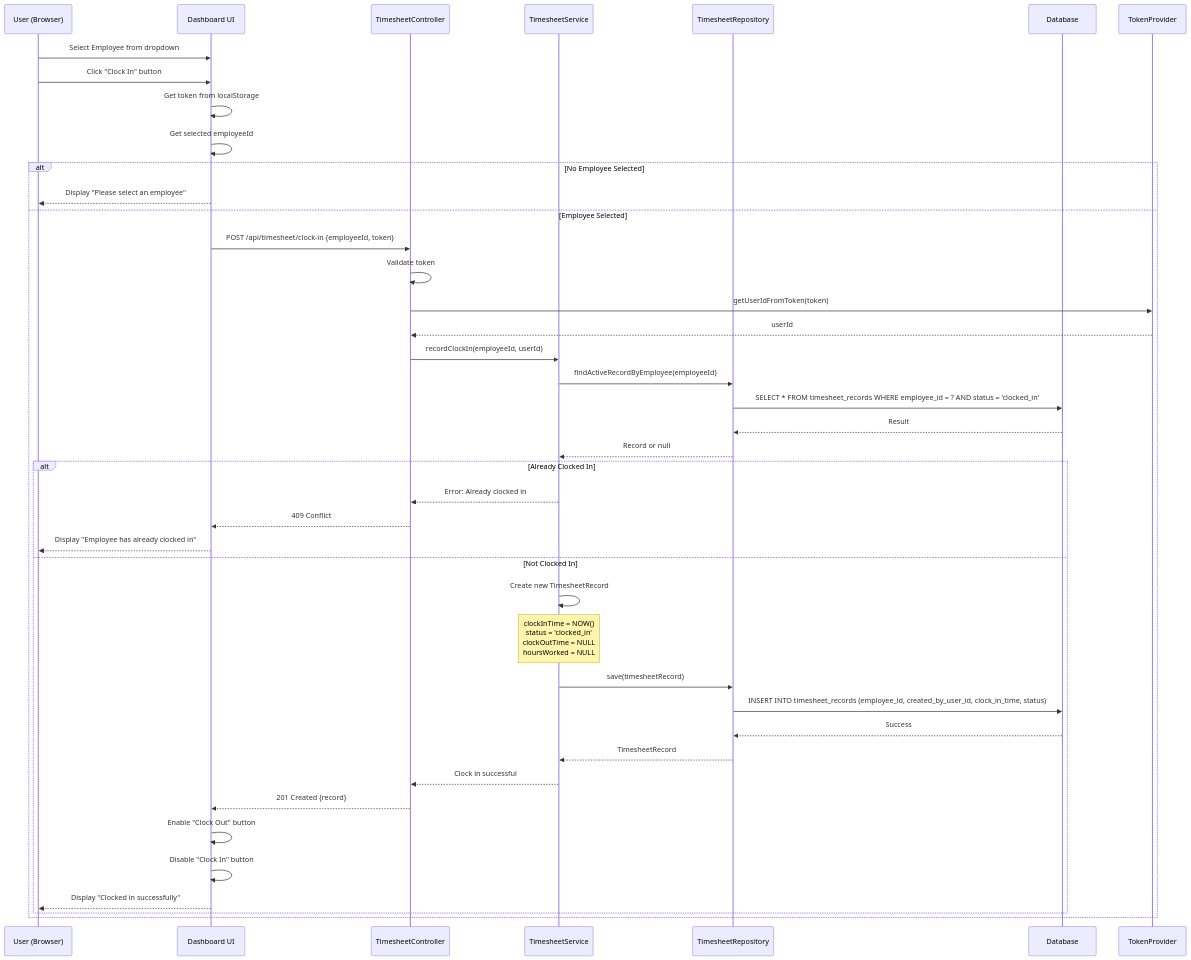
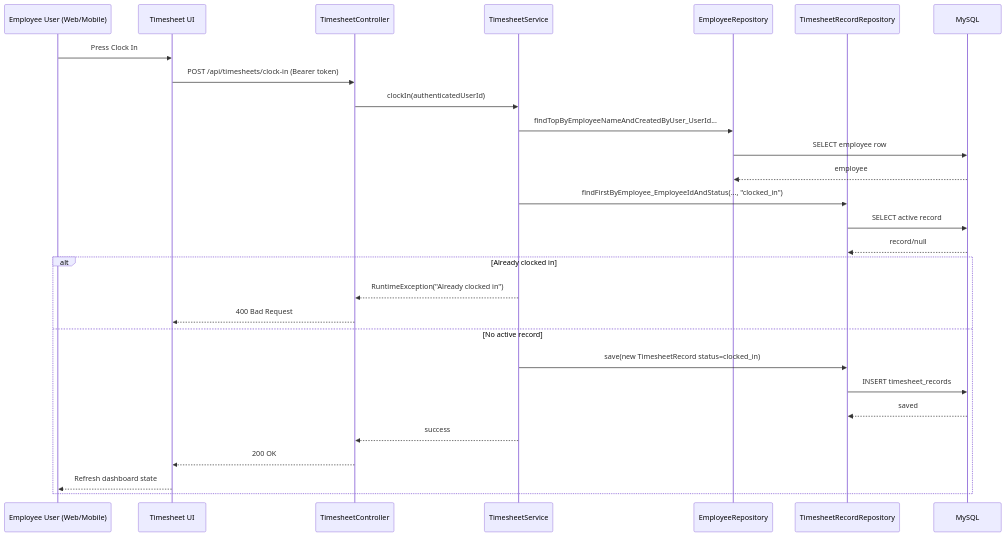
One commit to gintongbarko/IT342_G5_Matsuda_Lab1 changed the diagram in docs/sequence-clock-in.mermaid. Above: the diagram before and after it, drawn with Mermaid. The commit also changed 47 other files, not shown here.

First line of the commit message:
feat: Implement Timesheet functionality with dashboard, clock in/out, and registration enhancements

```diff
--- a/docs/sequence-clock-in.mermaid
+++ b/docs/sequence-clock-in.mermaid
@@ -1,52 +1,32 @@
 sequenceDiagram
-    participant User as User (Browser)
-    participant UI as Dashboard UI
+    participant User as Employee User (Web/Mobile)
+    participant UI as Timesheet UI
     participant TSCtrl as TimesheetController
     participant TSSvc as TimesheetService
-    participant TSRepo as TimesheetRepository
-    participant DB as Database
-    participant Token as TokenProvider
-    
-    User->>UI: Select Employee from dropdown
-    User->>UI: Click "Clock In" button
-    
-    UI->>UI: Get token from localStorage
-    UI->>UI: Get selected employeeId
-    
-    alt No Employee Selected
-        UI-->>User: Display "Please select an employee"
-    else Employee Selected
-        UI->>TSCtrl: POST /api/timesheet/clock-in {employeeId, token}
-        
-        TSCtrl->>TSCtrl: Validate token
-        TSCtrl->>Token: getUserIdFromToken(token)
-        Token-->>TSCtrl: userId
-        
-        TSCtrl->>TSSvc: recordClockIn(employeeId, userId)
-        
-        TSSvc->>TSRepo: findActiveRecordByEmployee(employeeId)
-        TSRepo->>DB: SELECT * FROM timesheet_records WHERE employee_id = ? AND status = 'clocked_in'
-        DB-->>TSRepo: Result
-        TSRepo-->>TSSvc: Record or null
-        
-        alt Already Clocked In
-            TSSvc-->>TSCtrl: Error: Already clocked in
-            TSCtrl-->>UI: 409 Conflict
-            UI-->>User: Display "Employee has already clocked in"
-        else Not Clocked In
-            TSSvc->>TSSvc: Create new TimesheetRecord
-            Note over TSSvc: clockInTime = NOW()<br/>status = 'clocked_in'<br/>clockOutTime = NULL<br/>hoursWorked = NULL
-            
-            TSSvc->>TSRepo: save(timesheetRecord)
-            TSRepo->>DB: INSERT INTO timesheet_records (employee_id, created_by_user_id, clock_in_time, status)
-            DB-->>TSRepo: Success
-            TSRepo-->>TSSvc: TimesheetRecord
-            
-            TSSvc-->>TSCtrl: Clock in successful
-            TSCtrl-->>UI: 201 Created {record}
-            
-            UI->>UI: Enable "Clock Out" button
-            UI->>UI: Disable "Clock In" button
-            UI-->>User: Display "Clocked in successfully"
-        end
+    participant EmpRepo as EmployeeRepository
+    participant TSRepo as TimesheetRecordRepository
+    participant DB as MySQL
+
+    User->>UI: Press Clock In
+    UI->>TSCtrl: POST /api/timesheets/clock-in (Bearer token)
+    TSCtrl->>TSSvc: clockIn(authenticatedUserId)
+
+    TSSvc->>EmpRepo: findTopByEmployeeNameAndCreatedByUser_UserId...
+    EmpRepo->>DB: SELECT employee row
+    DB-->>EmpRepo: employee
+
+    TSSvc->>TSRepo: findFirstByEmployee_EmployeeIdAndStatus(..., "clocked_in")
+    TSRepo->>DB: SELECT active record
+    DB-->>TSRepo: record/null
+
+    alt Already clocked in
+        TSSvc-->>TSCtrl: RuntimeException("Already clocked in")
+        TSCtrl-->>UI: 400 Bad Request
+    else No active record
+        TSSvc->>TSRepo: save(new TimesheetRecord status=clocked_in)
+        TSRepo->>DB: INSERT timesheet_records
+        DB-->>TSRepo: saved
+        TSSvc-->>TSCtrl: success
+        TSCtrl-->>UI: 200 OK
+        UI-->>User: Refresh dashboard state
     end
```
